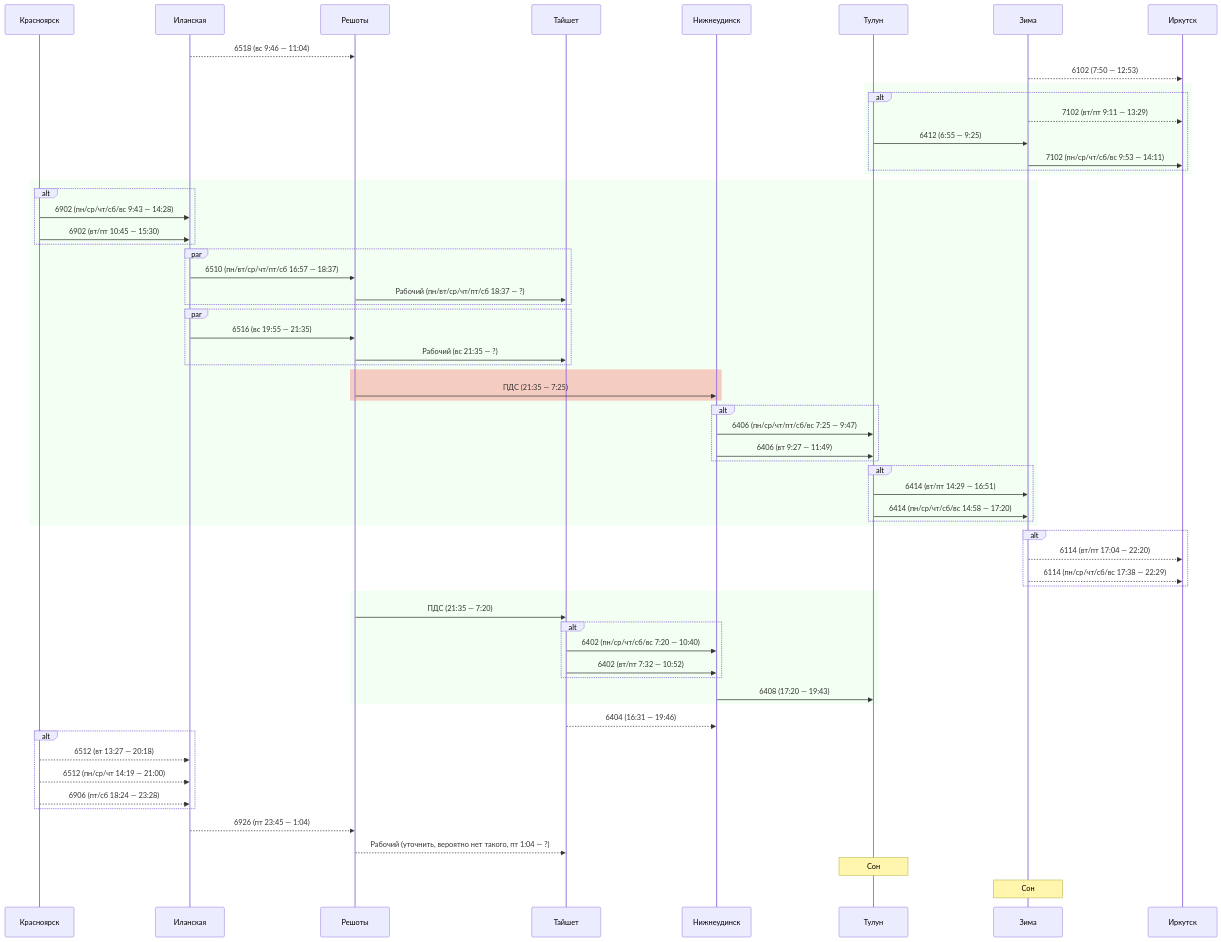
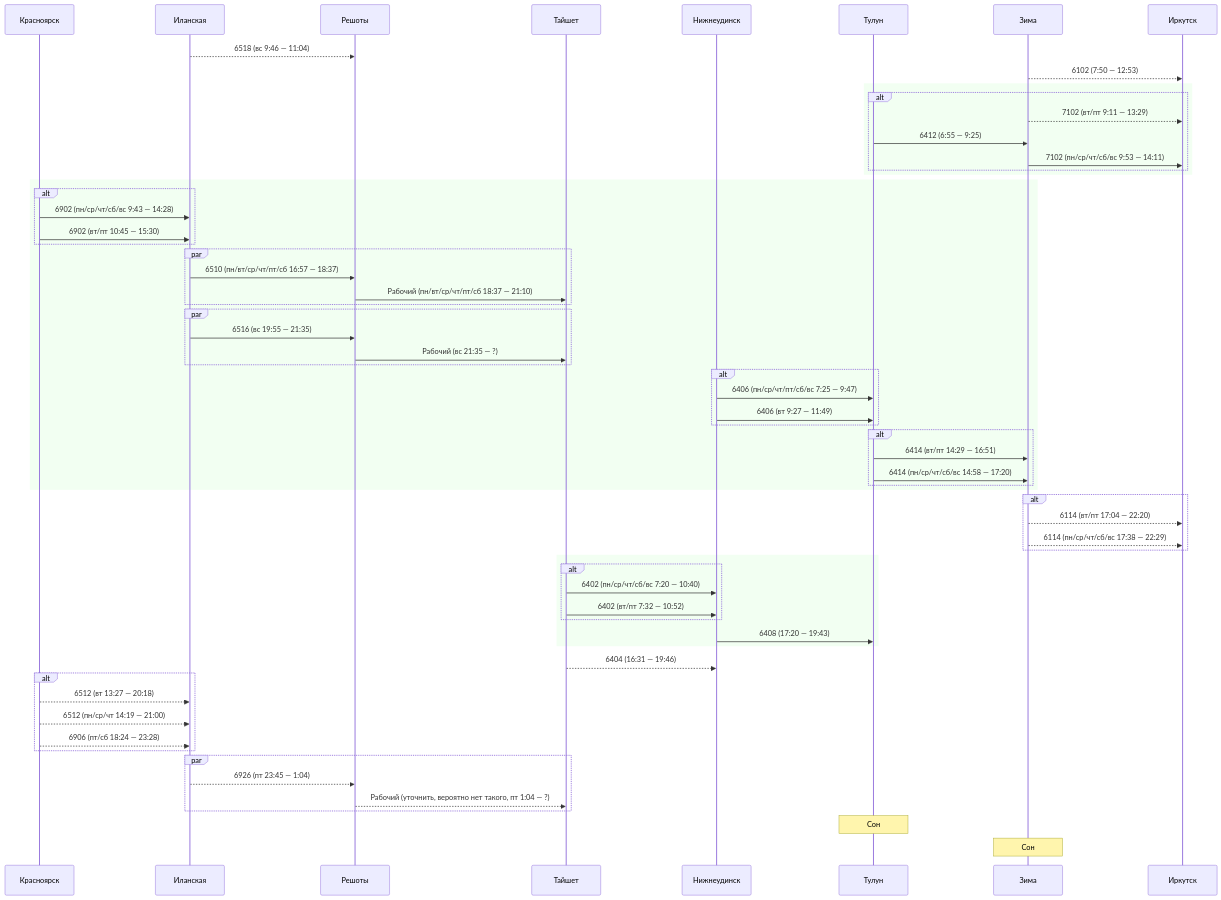
One commit to u0feff/Pezda changed diagram 11 of 14 in README.md. Above: the diagram before and after it, drawn with Mermaid.

````diff
--- a/README.md
+++ b/README.md
@@ -527,76 +527,74 @@
 ```mermaid
 sequenceDiagram
     participant Красноярск
     participant Иланская
     participant Решоты
     participant Тайшет
     participant Нижнеудинск
     participant Тулун
     participant Зима
     participant Иркутск
 
     Иланская-->>Решоты: 6518 (вс 9:46 — 11:04)
 
     Зима-->>Иркутск: 6102 (7:50 — 12:53)
 
     rect rgba(0, 255, 0, 0.05)
     alt
     Зима-->>Иркутск: 7102 (вт/пт 9:11 — 13:29)
 
     Тулун->>Зима: 6412 (6:55 — 9:25)
     Зима->>Иркутск: 7102 (пн/ср/чт/сб/вс 9:53 — 14:11)
     end
     end
 
     rect rgba(0, 255, 0, 0.05)
     alt
     Красноярск->>Иланская: 6902 (пн/ср/чт/сб/вс 9:43 — 14:28)
     Красноярск->>Иланская: 6902 (вт/пт 10:45 — 15:30)
     end
     par
     Иланская->>Решоты: 6510 (пн/вт/ср/чт/пт/сб 16:57 — 18:37)
-    Решоты->>Тайшет: Рабочий (пн/вт/ср/чт/пт/сб 18:37 — ?)
+    Решоты->>Тайшет: Рабочий (пн/вт/ср/чт/пт/сб 18:37 — 21:10)
     end
     par
     Иланская->>Решоты: 6516 (вс 19:55 — 21:35)
     Решоты->>Тайшет: Рабочий (вс 21:35 — ?)
-    end
-    rect rgba(255, 0, 0, 0.2)
-    Решоты->>Нижнеудинск: ПДС (21:35 — 7:25)
     end
     alt
     Нижнеудинск->>Тулун: 6406 (пн/ср/чт/пт/сб/вс 7:25 — 9:47)
     Нижнеудинск->>Тулун: 6406 (вт 9:27 — 11:49)
     end
     alt
     Тулун->>Зима: 6414 (вт/пт 14:29 — 16:51)
     Тулун->>Зима: 6414 (пн/ср/чт/сб/вс 14:58 — 17:20)
     end
     end
     alt
     Зима-->>Иркутск: 6114 (вт/пт 17:04 — 22:20)
     Зима-->>Иркутск: 6114 (пн/ср/чт/сб/вс 17:38 — 22:29)
     end
 
     rect rgba(0, 255, 0, 0.05)
-    Решоты->>Тайшет: ПДС (21:35 — 7:20)
     alt
     Тайшет->>Нижнеудинск: 6402 (пн/ср/чт/сб/вс 7:20 — 10:40)
     Тайшет->>Нижнеудинск: 6402 (вт/пт 7:32 — 10:52)
     end
     Нижнеудинск->>Тулун: 6408 (17:20 — 19:43)
     end
 
     Тайшет-->>Нижнеудинск: 6404 (16:31 — 19:46)
 
     alt
     Красноярск-->>Иланская: 6512 (вт 13:27 — 20:18)
     Красноярск-->>Иланская: 6512 (пн/ср/чт 14:19 — 21:00)
     Красноярск-->>Иланская: 6906 (пт/сб 18:24 — 23:28)
     end
+    par
     Иланская-->>Решоты: 6926 (пт 23:45 — 1:04)
     Решоты-->>Тайшет: Рабочий (уточнить, вероятно нет такого, пт 1:04 — ?)
+    end
 
     Note over Тулун: Сон
     Note over Зима: Сон
 ```
````
